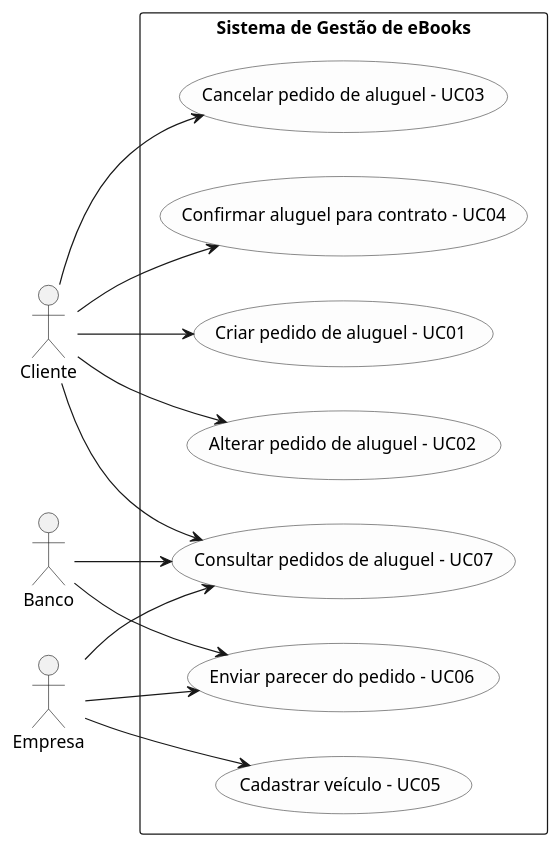
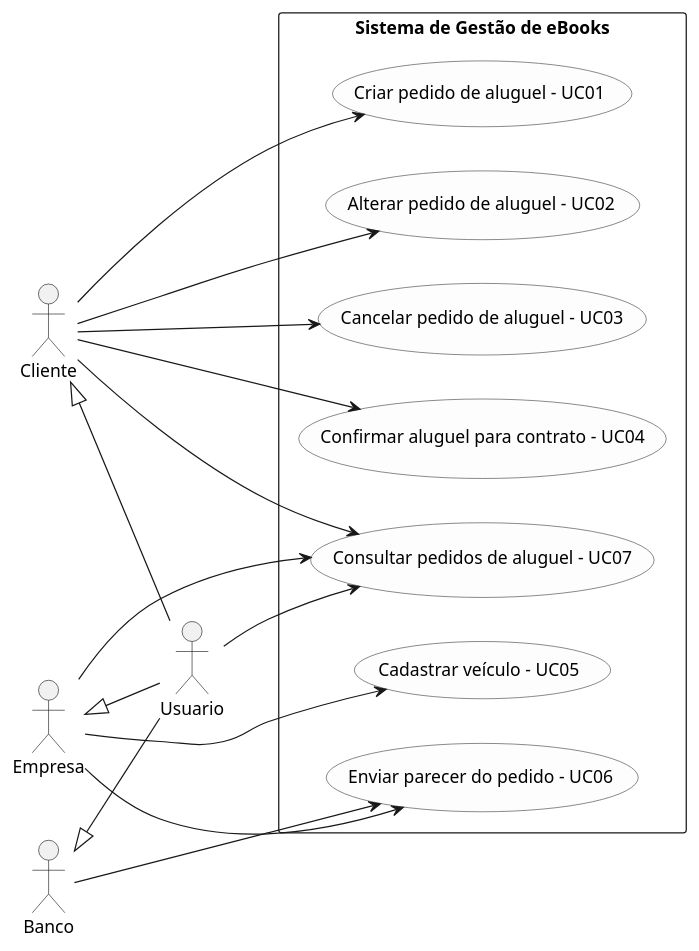
Before and after one commit to pazzutti/lab02-aluguel-automoveis: the diagram in docs/diagramas/casos-de-uso-aluguel.puml, drawn with PlantUML.

Commit message:
docs: Heranca correta

```diff
--- a/docs/diagramas/casos-de-uso-aluguel.puml
+++ b/docs/diagramas/casos-de-uso-aluguel.puml
@@ -1,52 +1,58 @@
 @startuml casos_de_uso_aluguel
 ' =====================================================================
 ' Sistema de Gestao de eBooks da Biblioteca Universitaria
 ' Diagrama de Casos de Uso - Lab01S01
 ' Fonte versionada em docs/diagramas/casos-de-uso.puml
 ' Versao enxuta: 14 casos de uso
 ' =====================================================================
 
 left to right direction
 skinparam packageStyle rectangle
 skinparam shadowing false
 skinparam usecase {
   BackgroundColor #FDFDFD
   BorderColor #444444
 }
 
 rectangle "Sistema de Gestão de eBooks" {
 
   ' --- Geral ---
   usecase "Consultar pedidos de aluguel - UC07" as UC07
 
   ' --- Cliente ---
   usecase "Criar pedido de aluguel - UC01" as UC01
   usecase "Alterar pedido de aluguel - UC02" as UC02
   usecase "Cancelar pedido de aluguel - UC03" as UC03
   usecase "Confirmar aluguel para contrato - UC04" as UC04
 
   ' --- Empresa ---
   usecase "Cadastrar veículo - UC05" as UC05
   usecase "Enviar parecer do pedido - UC06" as UC06
 }
 
 ' ============================== ATORES ===============================
+actor Usuario as "Usuario"
 actor Cliente as "Cliente"
 actor Empresa as "Empresa"
 actor Banco as "Banco"
+
+Cliente <|-- Usuario
+Empresa <|-- Usuario
+Banco <|-- Usuario
 
 ' ============================ ASSOCIACOES ============================
 Cliente --> UC01
 Cliente --> UC02
 Cliente --> UC03
 Cliente --> UC04
 Cliente --> UC07
 
 Empresa --> UC05
 Empresa --> UC06
 Empresa --> UC07
 
 Banco --> UC06
-Banco --> UC07
+
+Usuario --> UC07
 
 @enduml
```
